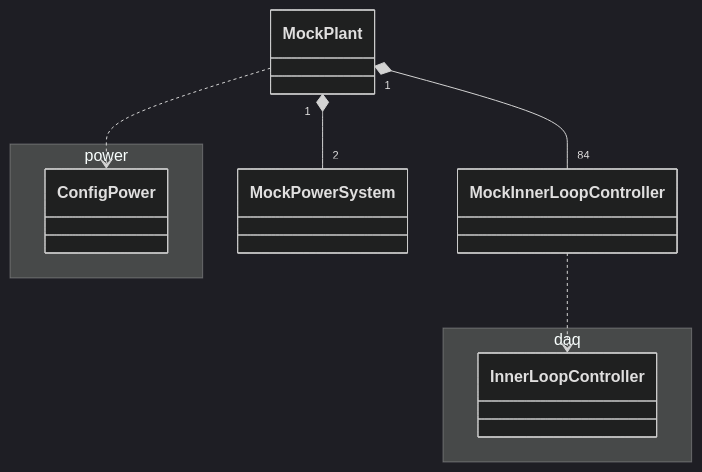
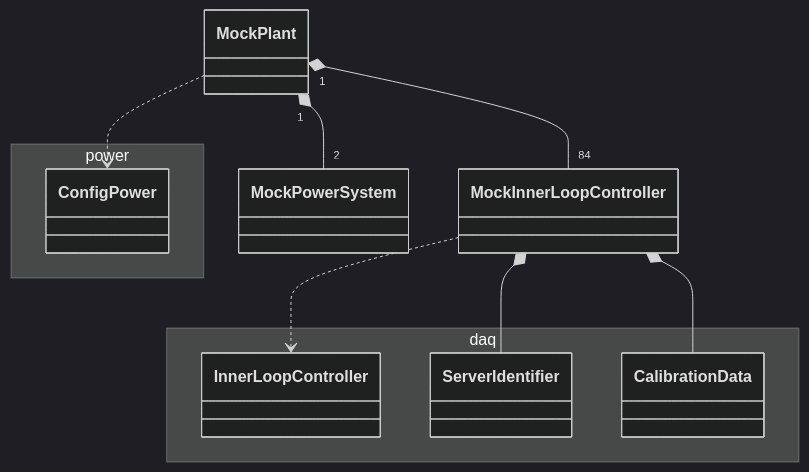
One commit to lsst-ts/ts_mtm2_controller changed the eighth of 8 diagrams in doc/class_diagram.md. Above: the diagram before and after it, drawn with Mermaid (dark theme). The commit also changed other lines of this file, not shown here.

````diff
--- a/doc/class_diagram.md
+++ b/doc/class_diagram.md
@@ -343,17 +354,21 @@
 ```mermaid
 classDiagram
 
 namespace daq {
   class InnerLoopController
+  class ServerIdentifier
+  class CalibrationData
 }
 
 namespace power {
   class ConfigPower
 }
 
 MockPlant ..> ConfigPower
 MockPlant "1" *-- "2" MockPowerSystem
 MockPlant "1" *-- "84" MockInnerLoopController
 
 MockInnerLoopController ..> InnerLoopController
+MockInnerLoopController *-- ServerIdentifier
+MockInnerLoopController *-- CalibrationData
 ```
````
